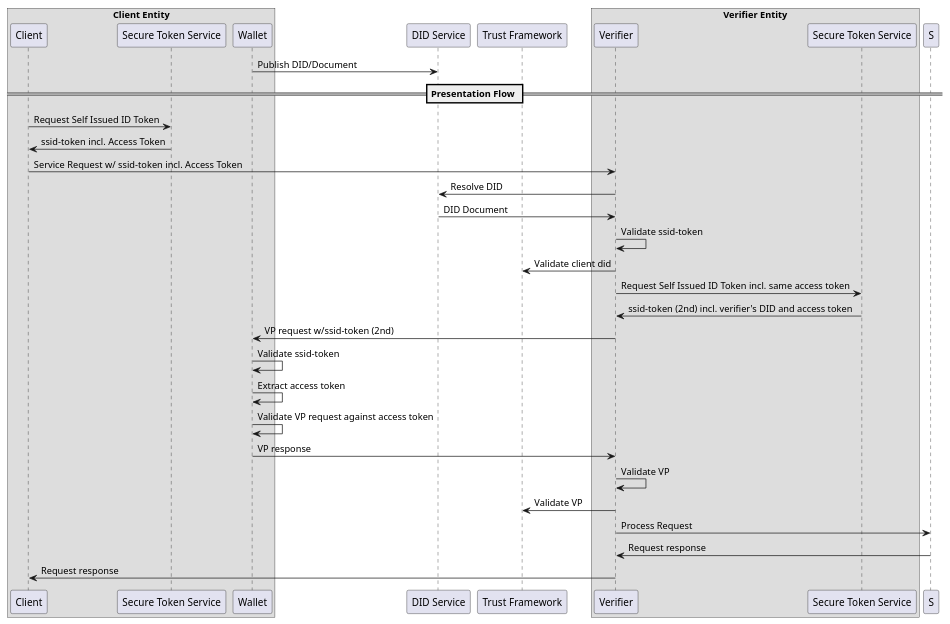
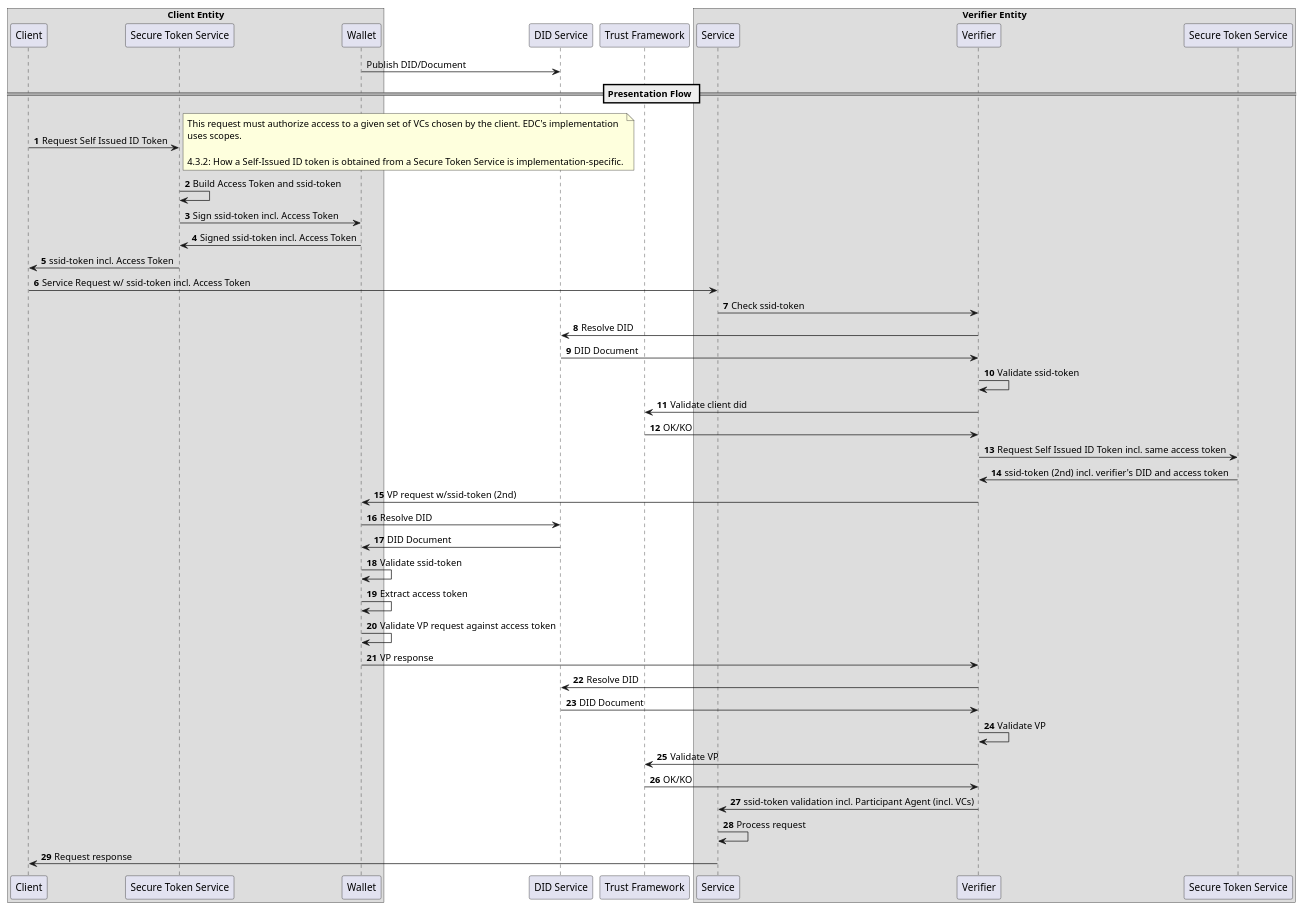
The diagram in Decentralized_Claim_Protocol/dcp_presentation_flow.puml (TEMS-Git-Hub/architecture-diagrams), drawn with PlantUML before and after one commit. The commit also changed 2 other files, not shown here.

Commit message:
Update DCP presentation flow with Service separation

```diff
--- a/Decentralized_Claim_Protocol/dcp_presentation_flow.puml
+++ b/Decentralized_Claim_Protocol/dcp_presentation_flow.puml
@@ -1,45 +1,65 @@
 @startuml
 
 box "Client Entity" 
     Participant "Client" as C
     Participant "Secure Token Service" as STS
     Participant "Wallet" as W
 end box
 
 Participant "DID Service" as DID
 Participant "Trust Framework" as TF
 
-box "Verifier Entity" 
+box "Verifier Entity"  
+    Participant "Service" as S
     Participant "Verifier" as V
     Participant "Secure Token Service" as STSV
 end box
 
 W -> DID: Publish DID/Document
 
 == Presentation Flow ==
+autonumber
+C -> STS: Request Self Issued ID Token
+note right
+    This request must authorize access to a given set of VCs chosen by the client. EDC's implementation
+    uses scopes.
 
-C -> STS: Request Self Issued ID Token
+    4.3.2: How a Self-Issued ID token is obtained from a Secure Token Service is implementation-specific.
+end note
+STS -> STS: Build Access Token and ssid-token
+STS -> W: Sign ssid-token incl. Access Token
+W -> STS: Signed ssid-token incl. Access Token
 STS -> C: ssid-token incl. Access Token
-C -> V: Service Request w/ ssid-token incl. Access Token
+C -> S: Service Request w/ ssid-token incl. Access Token
+
+S-> V: Check ssid-token
 
 V -> DID: Resolve DID
 DID -> V: DID Document
+V -> V:  Validate ssid-token
 
-V -> V:  Validate ssid-token
 V -> TF: Validate client did
+TF -> V: OK/KO
 
 V -> STSV: Request Self Issued ID Token incl. same access token
 STSV -> V: ssid-token (2nd) incl. verifier's DID and access token
 V -> W: VP request w/ssid-token (2nd)
+W -> DID: Resolve DID
+DID -> W: DID Document
 W -> W : Validate ssid-token
 W -> W : Extract access token
 W -> W: Validate VP request against access token
 W -> V: VP response
+
+V -> DID: Resolve DID
+DID -> V: DID Document
 V -> V: Validate VP
+
 V -> TF: Validate VP
-V -> S: Process Request
+TF -> V: OK/KO
+V -> S: ssid-token validation incl. Participant Agent (incl. VCs)
 
-S -> V: Request response
-V -> C: Request response
+S -> S: Process request
+S -> C: Request response
 
 @enduml
```
